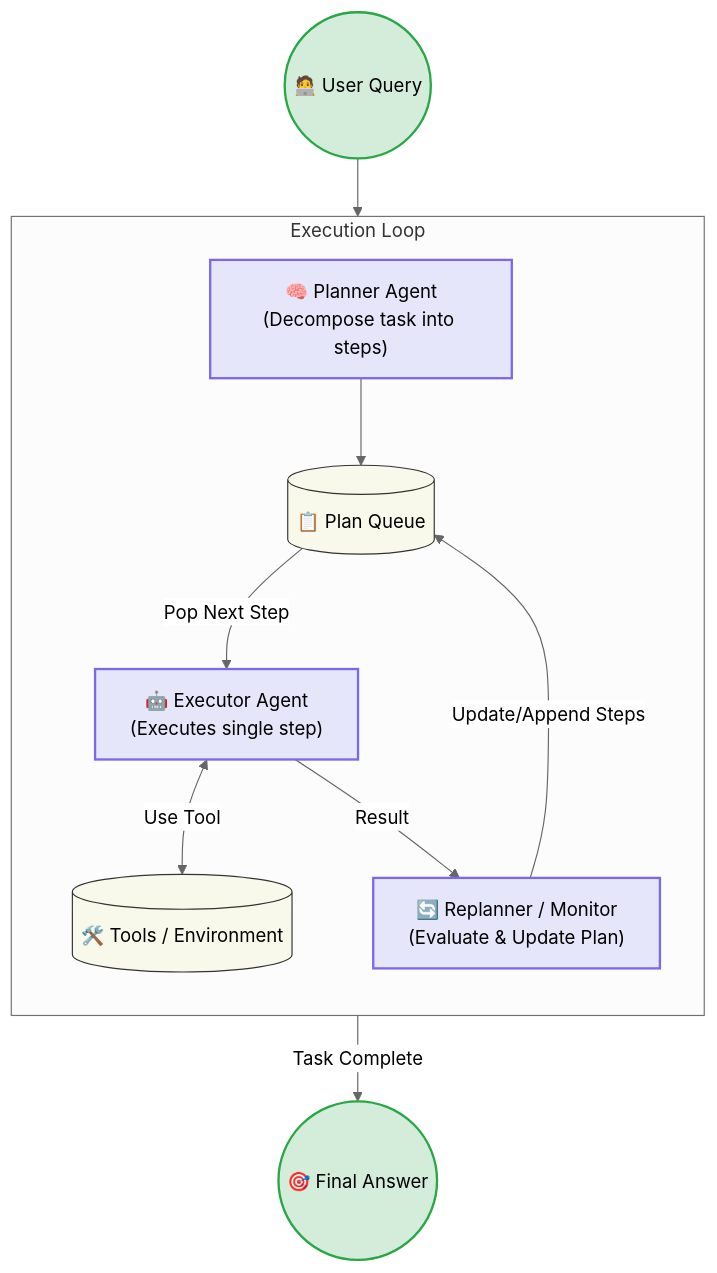
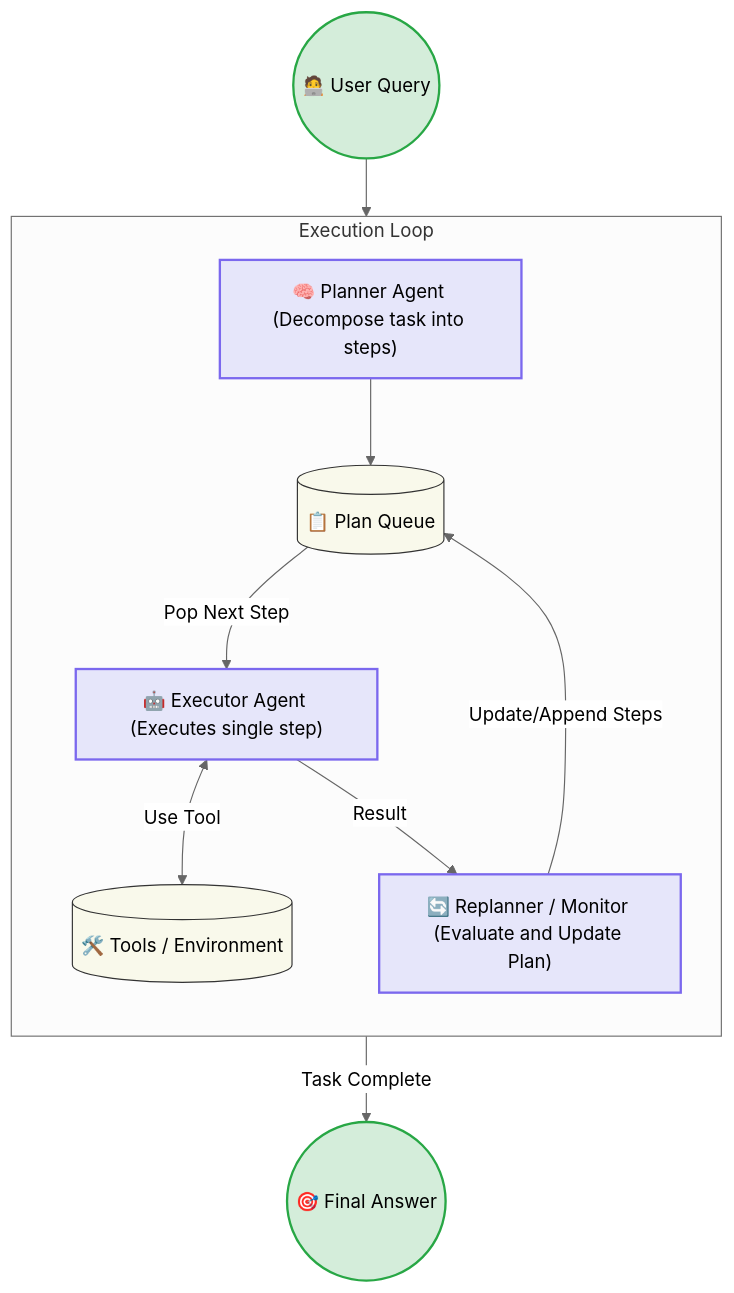
The third of 5 diagrams in README.md (zhuoyu246/Agentic-DataLab), drawn with Mermaid (neutral theme) before and after one commit. The commit also changed other lines of this file, not shown here.

Commit message:
docs: fix all Mermaid diagrams - remove br/ tags and ampersands for GitHub rendering

````diff
--- a/README.md
+++ b/README.md
@@ -143,27 +143,27 @@
 ```mermaid
 graph TD
-    User(("🧑‍💻 User Query")) --> Planner["🧠 Planner Agent<br/>(Decompose task into steps)"]
+    User(("🧑‍💻 User Query")) --> Planner["🧠 Planner Agent (Decompose task into steps)"]
     
     subgraph ExecutionLoop [Execution Loop]
         direction TB
         PlanQueue[("📋 Plan Queue")]
-        Executor["🤖 Executor Agent<br/>(Executes single step)"]
+        Executor["🤖 Executor Agent (Executes single step)"]
         Tools[("🛠️ Tools / Environment")]
-        Replanner["🔄 Replanner / Monitor<br/>(Evaluate & Update Plan)"]
+        Replanner["🔄 Replanner / Monitor (Evaluate and Update Plan)"]
         
         Planner --> PlanQueue
         PlanQueue -->|Pop Next Step| Executor
         Executor <-->|Use Tool| Tools
         Executor -->|Result| Replanner
         Replanner -->|Update/Append Steps| PlanQueue
     end
     
     Replanner -->|Task Complete| Output(("🎯 Final Answer"))
     
     classDef default fill:#f9f9eb,stroke:#333,stroke-width:1px;
     classDef agent fill:#e6e6fa,stroke:#7b68ee,stroke-width:2px;
     classDef io fill:#d4edda,stroke:#28a745,stroke-width:2px;
     
     class Planner,Executor,Replanner agent;
     class User,Output io;
 ```
````
